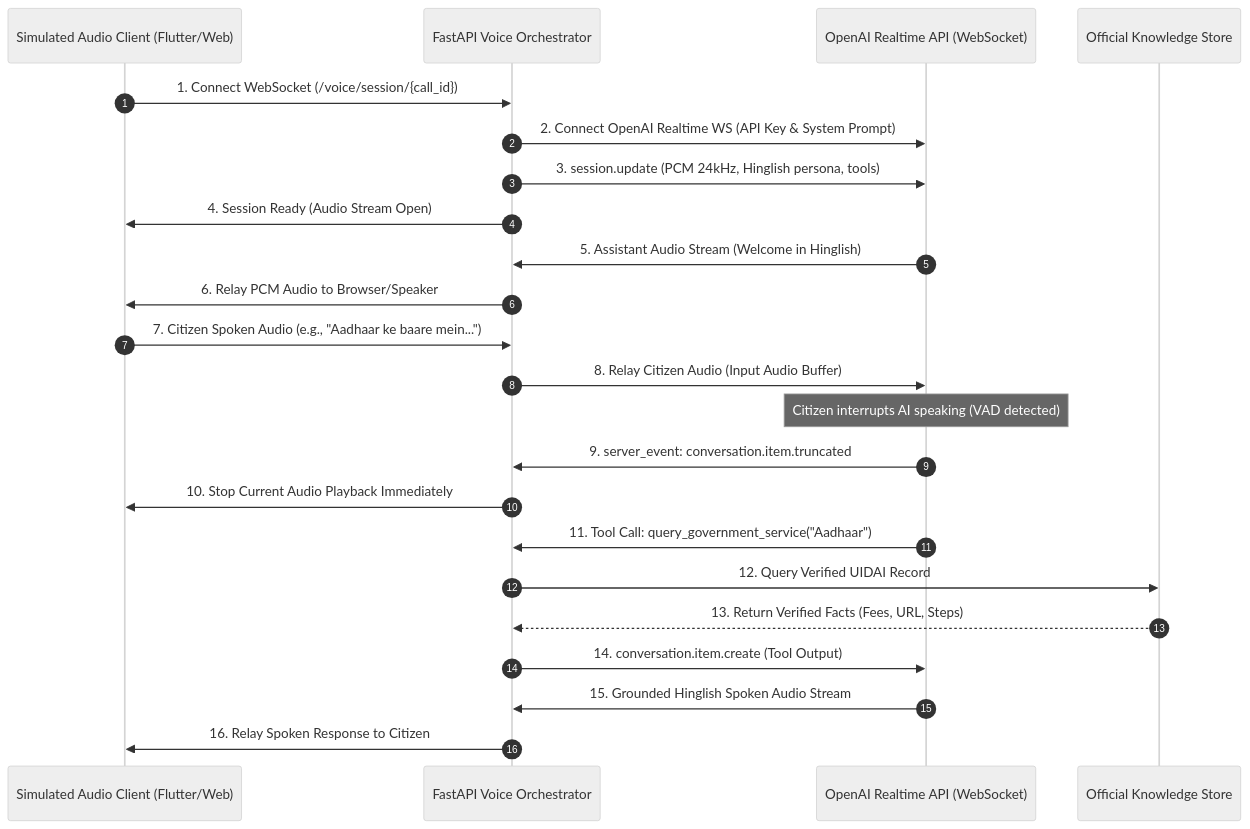
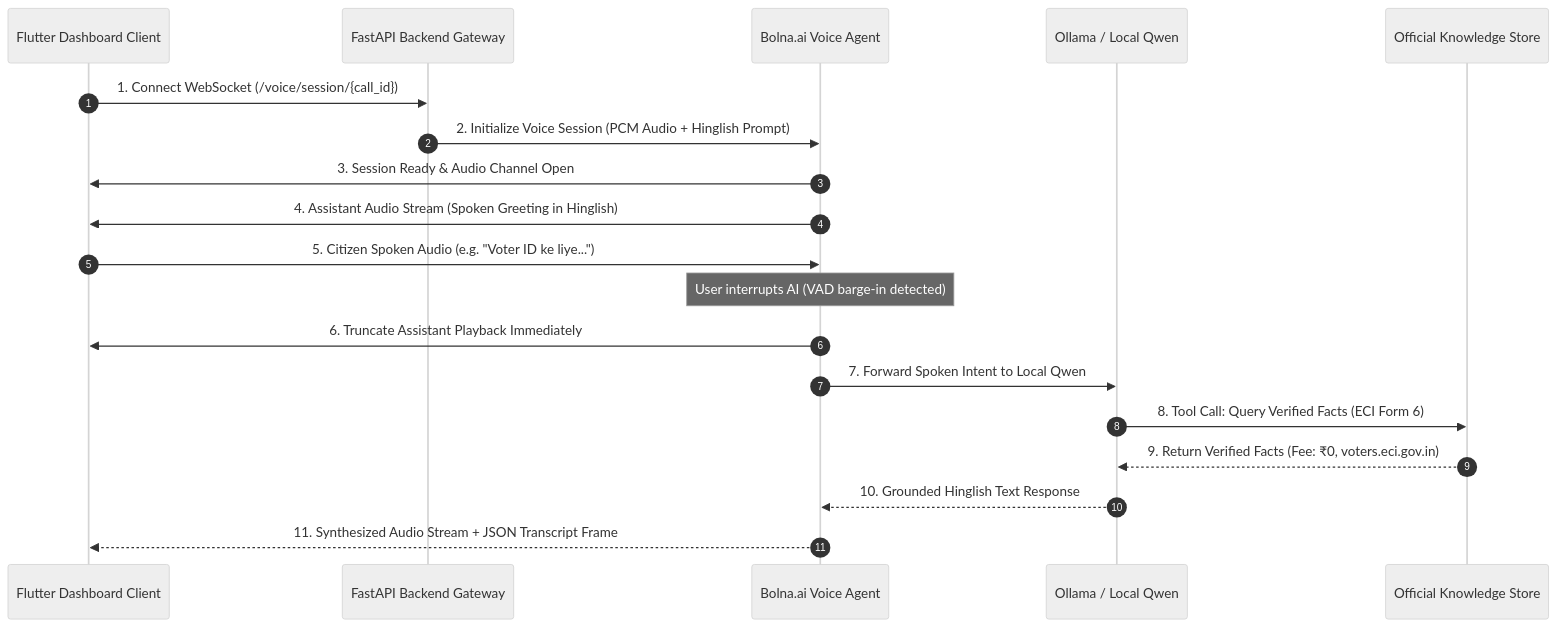
Before and after one commit to siddhant-dev10/Timbre: the fourth of 4 diagrams in TECH.md, drawn with Mermaid (neutral theme). The commit also changed other lines of this file and 156 other files, not shown here.

````diff
--- a/TECH.md
+++ b/TECH.md
@@ -618,26 +591,22 @@
 ```mermaid
 sequenceDiagram
     autonumber
-    participant Client as Simulated Audio Client (Flutter/Web)
-    participant Bridge as FastAPI Voice Orchestrator
-    participant OpenAI as OpenAI Realtime API (WebSocket)
+    participant Client as Flutter Dashboard Client
+    participant Bridge as FastAPI Backend Gateway
+    participant Bolna as Bolna.ai Voice Agent
+    participant LLM as Ollama / Local Qwen
     participant KB as Official Knowledge Store
 
     Client->>Bridge: 1. Connect WebSocket (/voice/session/{call_id})
-    Bridge->>OpenAI: 2. Connect OpenAI Realtime WS (API Key & System Prompt)
-    Bridge->>OpenAI: 3. session.update (PCM 24kHz, Hinglish persona, tools)
-    Bridge->>Client: 4. Session Ready (Audio Stream Open)
-    OpenAI->>Bridge: 5. Assistant Audio Stream (Welcome in Hinglish)
-    Bridge->>Client: 6. Relay PCM Audio to Browser/Speaker
-    Client->>Bridge: 7. Citizen Spoken Audio (e.g., "Aadhaar ke baare mein...")
-    Bridge->>OpenAI: 8. Relay Citizen Audio (Input Audio Buffer)
-    Note over OpenAI: Citizen interrupts AI speaking (VAD detected)
-    OpenAI->>Bridge: 9. server_event: conversation.item.truncated
-    Bridge->>Client: 10. Stop Current Audio Playback Immediately
-    OpenAI->>Bridge: 11. Tool Call: query_government_service("Aadhaar")
-    Bridge->>KB: 12. Query Verified UIDAI Record
-    KB-->>Bridge: 13. Return Verified Facts (Fees, URL, Steps)
-    Bridge->>OpenAI: 14. conversation.item.create (Tool Output)
-    OpenAI->>Bridge: 15. Grounded Hinglish Spoken Audio Stream
-    Bridge->>Client: 16. Relay Spoken Response to Citizen
+    Bridge->>Bolna: 2. Initialize Voice Session (PCM Audio + Hinglish Prompt)
+    Bolna->>Client: 3. Session Ready & Audio Channel Open
+    Bolna->>Client: 4. Assistant Audio Stream (Spoken Greeting in Hinglish)
+    Client->>Bolna: 5. Citizen Spoken Audio (e.g. "Voter ID ke liye...")
+    Note over Bolna: User interrupts AI (VAD barge-in detected)
+    Bolna->>Client: 6. Truncate Assistant Playback Immediately
+    Bolna->>LLM: 7. Forward Spoken Intent to Local Qwen
+    LLM->>KB: 8. Tool Call: Query Verified Facts (ECI Form 6)
+    KB-->>LLM: 9. Return Verified Facts (Fee: ₹0, voters.eci.gov.in)
+    LLM-->>Bolna: 10. Grounded Hinglish Text Response
+    Bolna-->>Client: 11. Synthesized Audio Stream + JSON Transcript Frame
 ```
````
